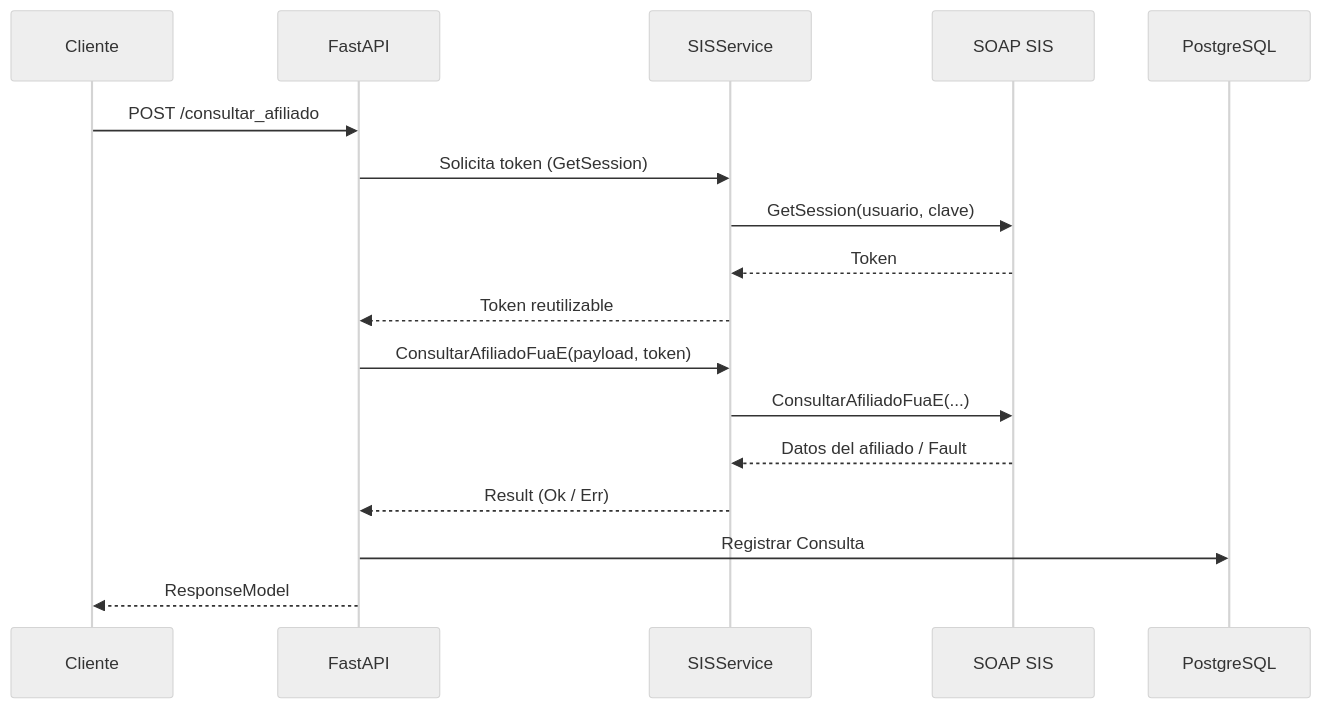
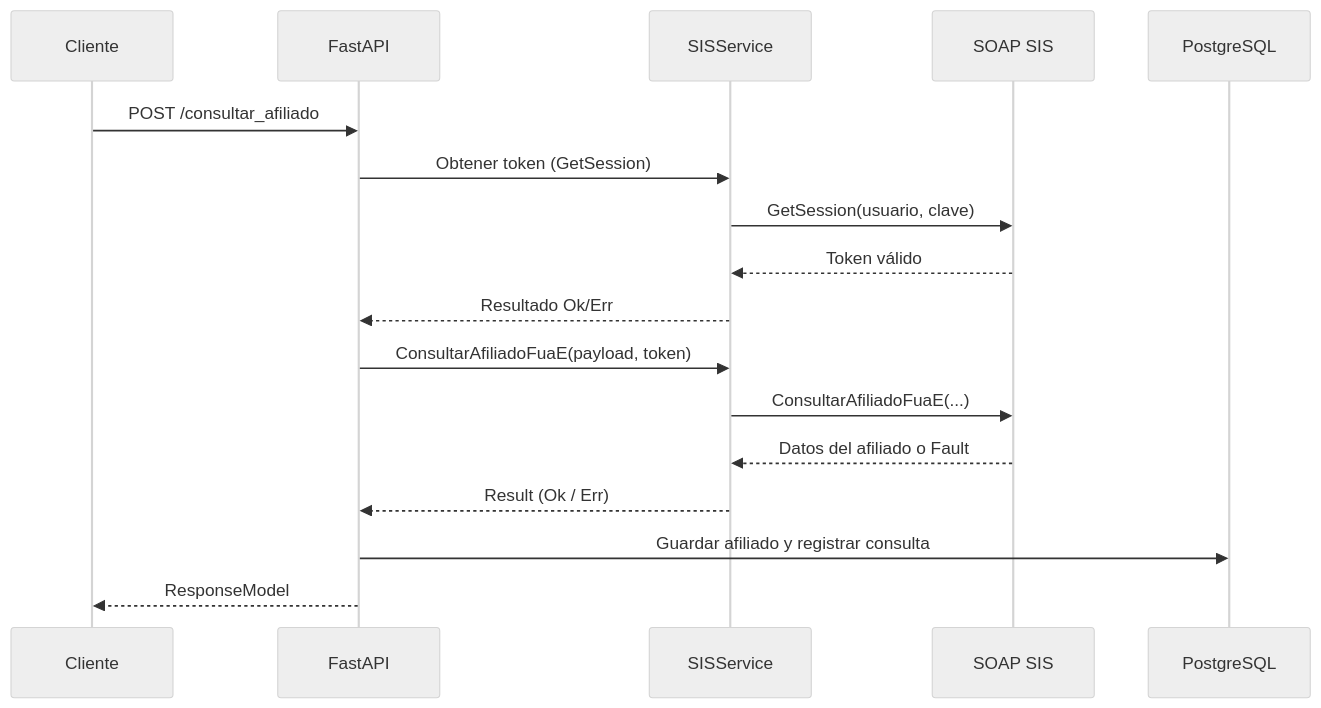
The diagram in docs/architecture/index.md (HospitalHuaycan/sis-ms), drawn with Mermaid (neutral theme) before and after one commit. The commit also changed other lines of this file and 6 other files, not shown here.

````diff
--- a/docs/architecture/index.md
+++ b/docs/architecture/index.md
@@ -20,20 +22,20 @@
 ```mermaid
 sequenceDiagram
     participant Cliente
     participant API as FastAPI
     participant SIS as SISService
     participant SOAP as SOAP SIS
     participant DB as PostgreSQL
 
     Cliente->>API: POST /consultar_afiliado
-    API->>SIS: Solicita token (GetSession)
+    API->>SIS: Obtener token (GetSession)
     SIS->>SOAP: GetSession(usuario, clave)
-    SOAP-->>SIS: Token
-    SIS-->>API: Token reutilizable
+    SOAP-->>SIS: Token válido
+    SIS-->>API: Resultado Ok/Err
     API->>SIS: ConsultarAfiliadoFuaE(payload, token)
     SIS->>SOAP: ConsultarAfiliadoFuaE(...)
-    SOAP-->>SIS: Datos del afiliado / Fault
+    SOAP-->>SIS: Datos del afiliado o Fault
     SIS-->>API: Result (Ok / Err)
-    API->>DB: Registrar Consulta
+    API->>DB: Guardar afiliado y registrar consulta
     API-->>Cliente: ResponseModel
 ```
````
